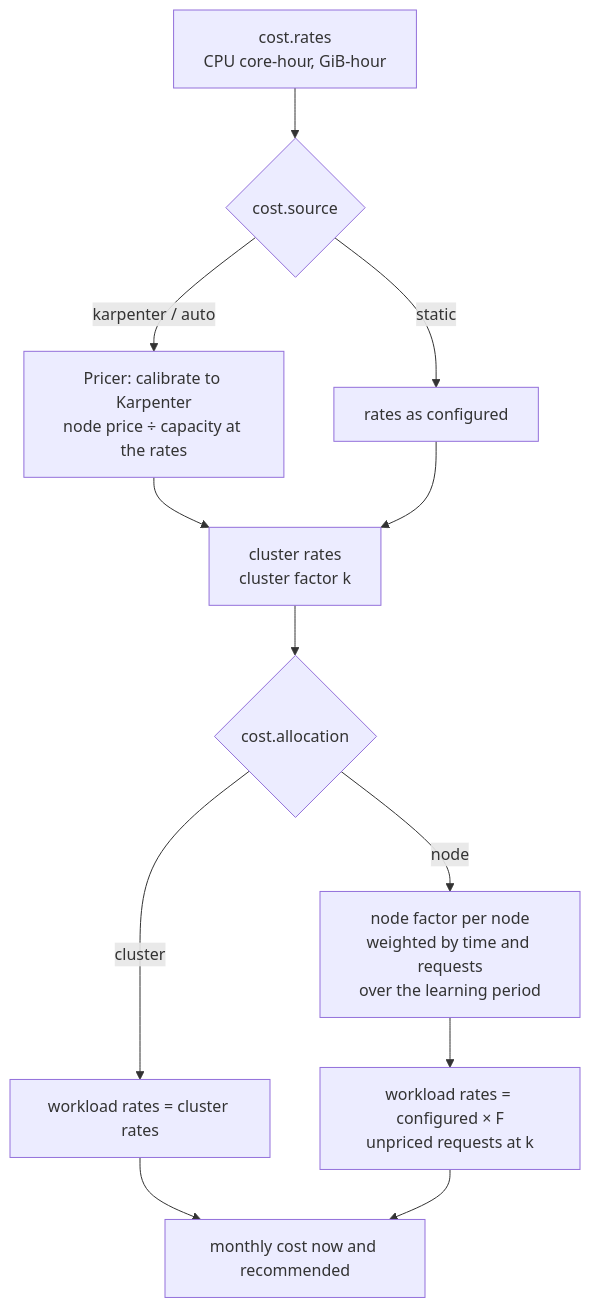
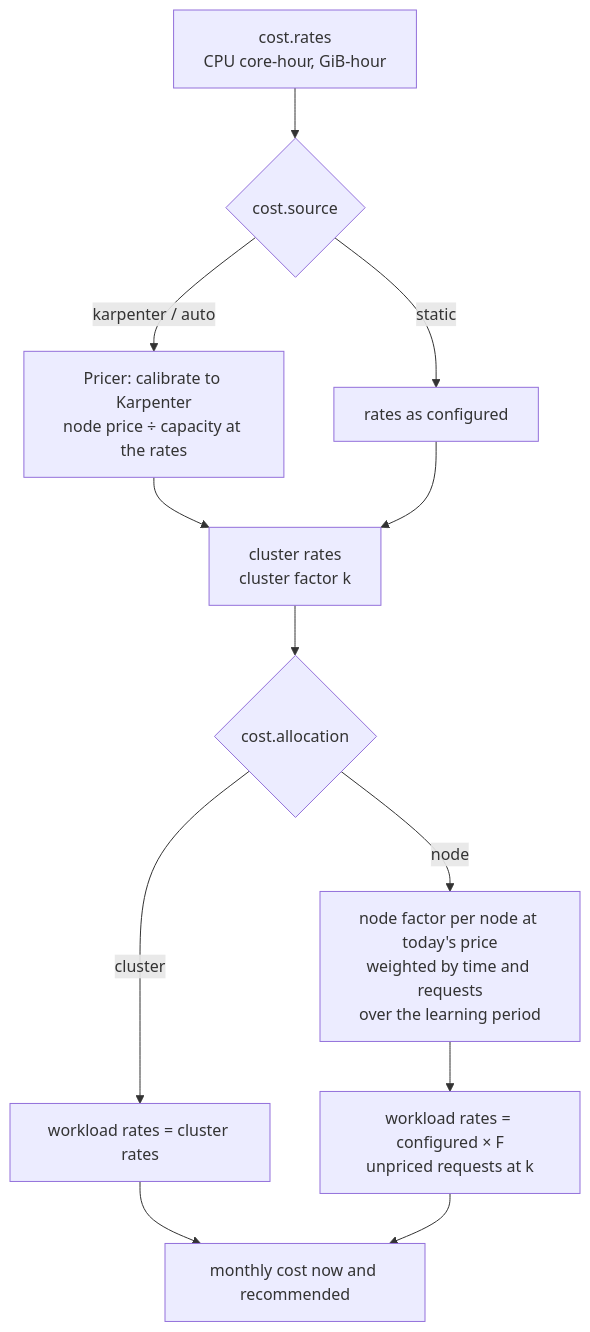
Before and after one commit to gjbravi/resourcerer: the sixth of 12 diagrams in docs/architecture.md, drawn with Mermaid. The commit also changed other lines of this file and 14 other files, not shown here.

Commit message:
fix(cluster): price nodes once at current prices for node allocation (#80)

````diff
--- a/docs/architecture.md
+++ b/docs/architecture.md
@@ -212,14 +212,14 @@
 ```mermaid
 flowchart TD
     rates[cost.rates<br/>CPU core-hour, GiB-hour] --> src{cost.source}
     src -->|static| static[rates as configured]
     src -->|karpenter / auto| pricer[Pricer: calibrate to Karpenter<br/>node price ÷ capacity at the rates]
     pricer --> cluster[cluster rates<br/>cluster factor k]
     static --> cluster
     cluster --> alloc{cost.allocation}
     alloc -->|cluster| wrates[workload rates = cluster rates]
-    alloc -->|node| place[node factor per node<br/>weighted by time and requests<br/>over the learning period]
+    alloc -->|node| place[node factor per node at today's price<br/>weighted by time and requests<br/>over the learning period]
     place --> wrates2[workload rates = configured × F<br/>unpriced requests at k]
     wrates --> monthly[monthly cost now and recommended]
     wrates2 --> monthly
 ```
````
